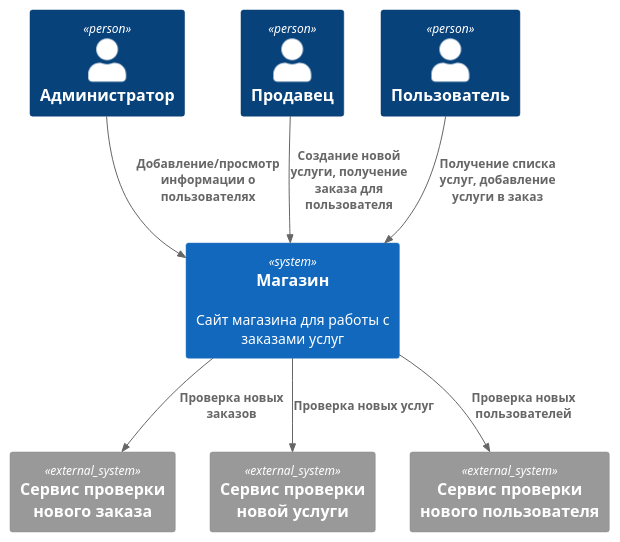
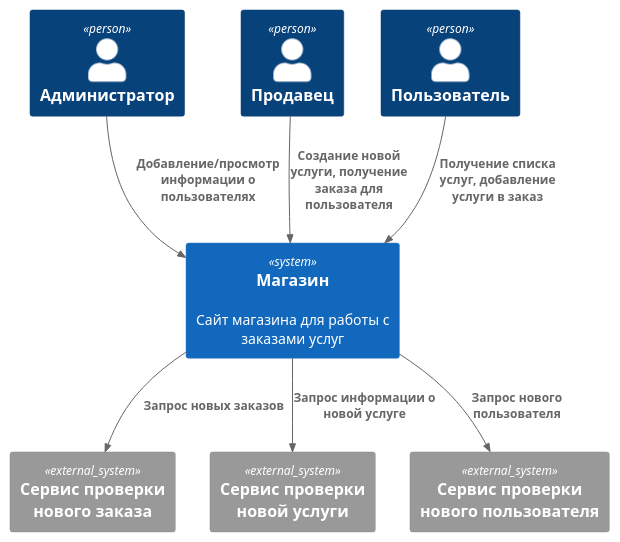
Before and after one commit to Artem531/ArchitectureHW: the diagram in HW0/context.md, drawn with PlantUML. The commit also changed 1 other file, not shown here.

Commit message:
Мелкие правки

````diff
--- a/HW0/context.md
+++ b/HW0/context.md
@@ -4,23 +4,23 @@
 ```plantuml
 @startuml
 !include https://raw.githubusercontent.com/plantuml-stdlib/C4-PlantUML/master/C4_Container.puml
 
 Person(admin, "Администратор")
 Person(seller, "Продавец")
 Person(user, "Пользователь")
 
 System(shop, "Магазин", "Сайт магазина для работы с заказами услуг")
 System_Ext(order_checker, "Сервис проверки нового заказа")
 System_Ext(new_service_checker, "Сервис проверки новой услуги")
 System_Ext(new_user_checker, "Сервис проверки нового пользователя")
 
 Rel(admin, shop, "Добавление/просмотр информации о пользователях")
 Rel(seller, shop,"Создание новой услуги, получение заказа для пользователя")
 Rel(user, shop,"Получение списка услуг, добавление услуги в заказ")
 
-Rel(shop, order_checker, "Проверка новых заказов")
-Rel(shop, new_user_checker, "Проверка новых пользователей")
-Rel(shop, new_service_checker, "Проверка новых услуг")
+Rel(shop, order_checker, "Запрос новых заказов")
+Rel(shop, new_user_checker, "Запрос нового пользователя")
+Rel(shop, new_service_checker, "Запрос информации о новой услуге")
 
 @enduml
 ```
````
